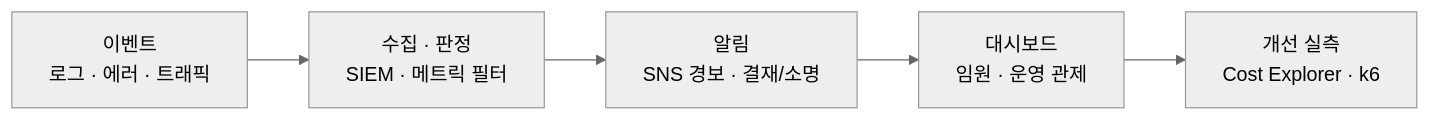
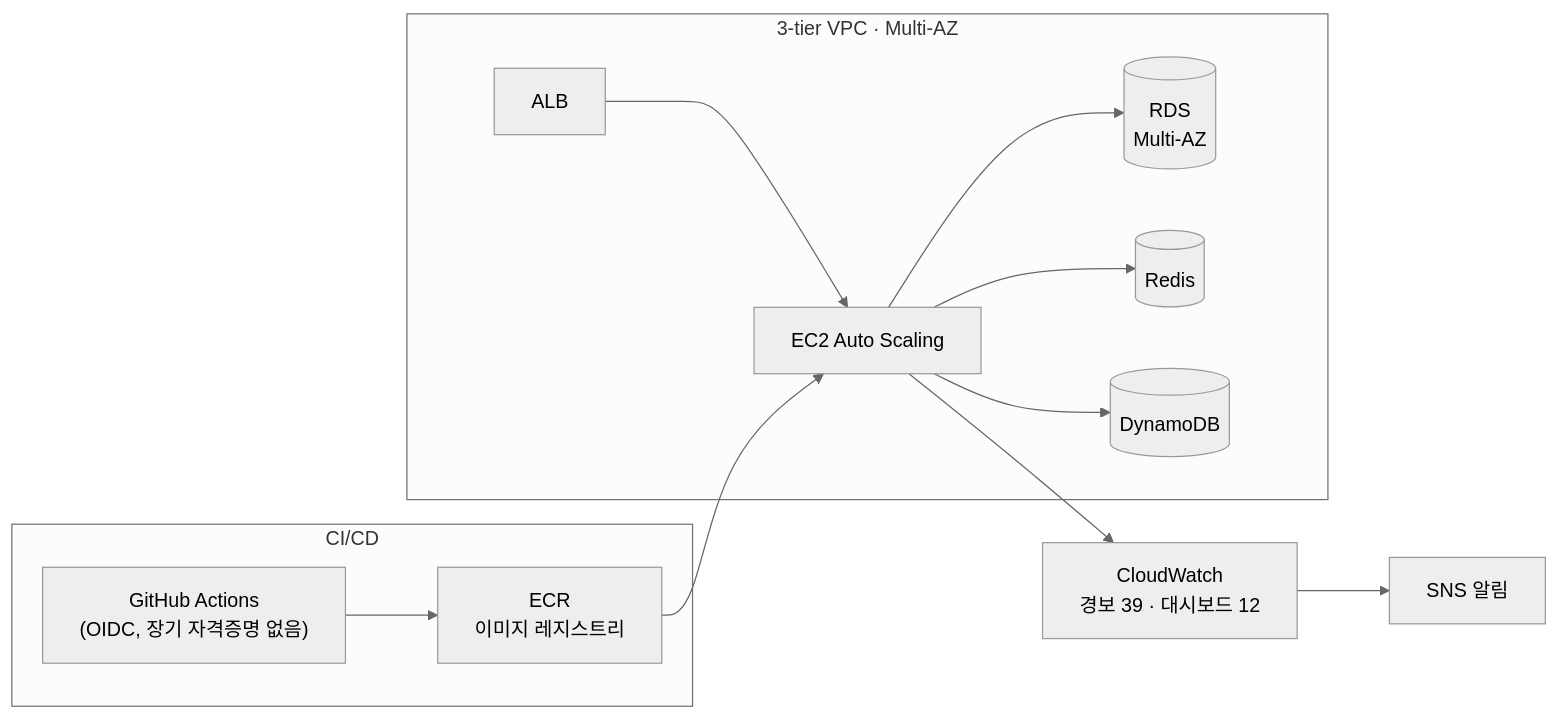
One commit to SouthSea0613/SouthSea0613 changed the diagram in README.md. Above: the diagram before and after it, drawn with Mermaid (neutral theme). The commit also changed other lines of this file, not shown here.

Commit message:
AWS 아키텍처 다이어그램·대표 프로젝트 표·활동 통계 카드 추가

````diff
--- a/README.md
+++ b/README.md
@@ -27,7 +27,15 @@
 ```mermaid
 flowchart LR
-  A["이벤트<br/>로그 · 에러 · 트래픽"] --> B["수집 · 판정<br/>SIEM · 메트릭 필터"]
-  B --> C["알림<br/>SNS 경보 · 결재/소명"]
-  C --> D["대시보드<br/>임원 · 운영 관제"]
-  D --> E["개선 실측<br/>Cost Explorer · k6"]
+  subgraph CI ["CI/CD"]
+    GH["GitHub Actions<br/>(OIDC, 장기 자격증명 없음)"] --> ECR["ECR<br/>이미지 레지스트리"]
+  end
+  subgraph VPC ["3-tier VPC · Multi-AZ"]
+    ALB["ALB"] --> ASG["EC2 Auto Scaling"]
+    ASG --> RDS[("RDS<br/>Multi-AZ")]
+    ASG --> REDIS[("Redis")]
+    ASG --> DDB[("DynamoDB")]
+  end
+  ECR --> ASG
+  ASG --> CW["CloudWatch<br/>경보 39 · 대시보드 12"]
+  CW --> SNS["SNS 알림"]
 ```
````
